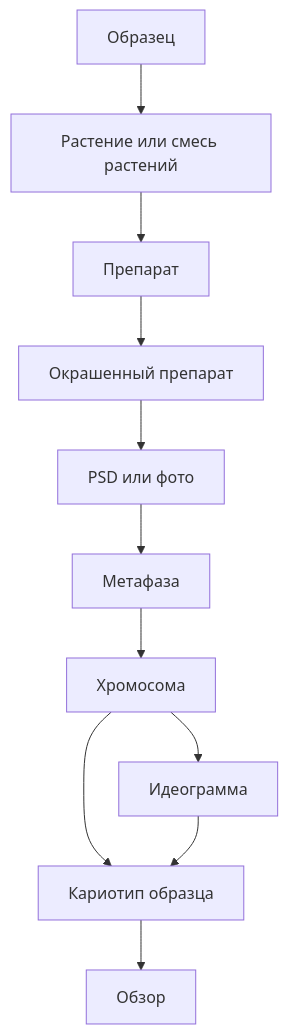
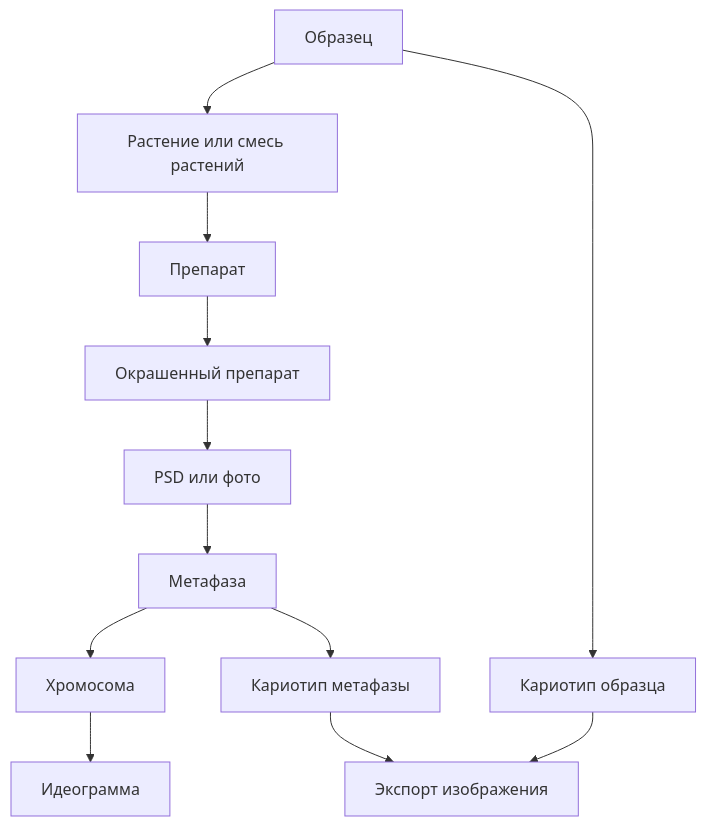
The diagram in docs/кариотип/02_объекты_и_происхождение_данных.md (Sycheslav/karyolab), drawn with Mermaid before and after one commit. The commit also changed other lines of this file and 174 other files, not shown here.

Commit message:
Remove unused canvas file, update graph scaling in configuration, and enhance documentation on karyotype and anomaly classifications. Introduce saved comparison feature for better data management and improve event handling in the workflow.

````diff
--- a/docs/кариотип/02_объекты_и_происхождение_данных.md
+++ b/docs/кариотип/02_объекты_и_происхождение_данных.md
@@ -9,24 +9,26 @@
 ```mermaid
 flowchart TB
     Sample["Образец"]
     Plant["Растение или смесь растений"]
     Preparation["Препарат"]
     StainedPreparation["Окрашенный препарат"]
     PsdFile["PSD или фото"]
     Metaphase["Метафаза"]
     Chromosome["Хромосома"]
     Ideogram["Идеограмма"]
-    Karyotype["Кариотип образца"]
-    Overview["Обзор"]
+    MetaphaseKaryotype["Кариотип метафазы"]
+    SampleKaryotype["Кариотип образца"]
+    Export["Экспорт изображения"]
 
     Sample --> Plant
     Plant --> Preparation
     Preparation --> StainedPreparation
     StainedPreparation --> PsdFile
     PsdFile --> Metaphase
     Metaphase --> Chromosome
     Chromosome --> Ideogram
-    Chromosome --> Karyotype
-    Ideogram --> Karyotype
-    Karyotype --> Overview
+    Metaphase --> MetaphaseKaryotype
+    Sample --> SampleKaryotype
+    SampleKaryotype --> Export
+    MetaphaseKaryotype --> Export
 ```
````
